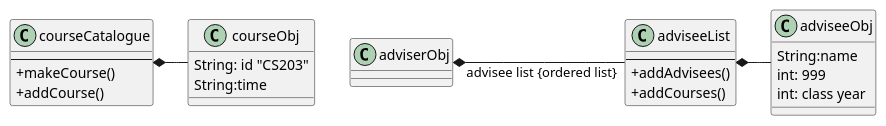
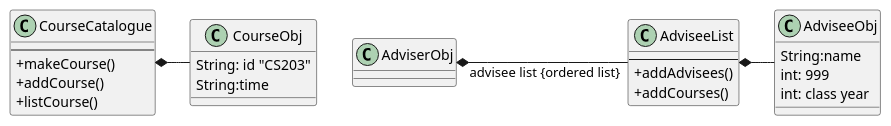
One commit to Jofosu/professor-student-advising-app changed the diagram in Doc/class-diagram.puml. Above: the diagram before and after it, drawn with PlantUML. The commit also changed 1 other file, not shown here.

Commit message:
slightly updated diagrams

```diff
--- a/Doc/class-diagram.puml
+++ b/Doc/class-diagram.puml
@@ -1,34 +1,35 @@
 @startuml
 skinparam classAttributeIconSize 0
 
-class courseCatalogue{
+class CourseCatalogue{
 --
 +makeCourse()
 +addCourse()
++listCourse()
 }
 
-class courseObj{
+class CourseObj{
 String: id "CS203"
 String:time
 }
 
-class adviserObj{
+class AdviserObj{
 }
 
-class adviseeList{
+class AdviseeList{
 --
 +addAdvisees()
 +addCourses()
 }
 
-class adviseeObj{
+class AdviseeObj{
 String:name
 int: 999
 int: class year
 }
 
-courseCatalogue *- courseObj
-adviserObj *- " advisee list {ordered list}" adviseeList: \t \t\t  \t \t
-adviseeList *- adviseeObj
+CourseCatalogue *- CourseObj
+AdviserObj *- " advisee list {ordered list}" AdviseeList: \t \t\t  \t \t
+AdviseeList *- AdviseeObj
 
 @enduml
```
